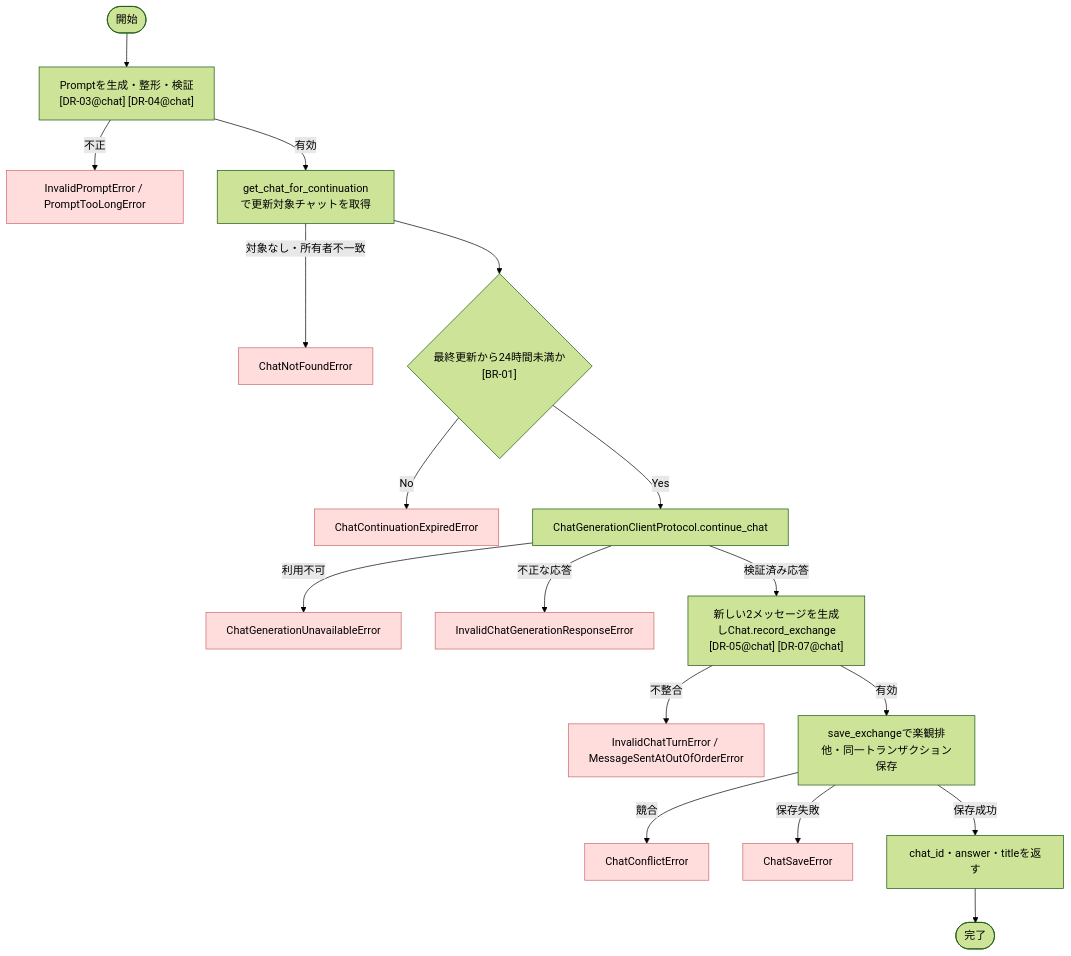
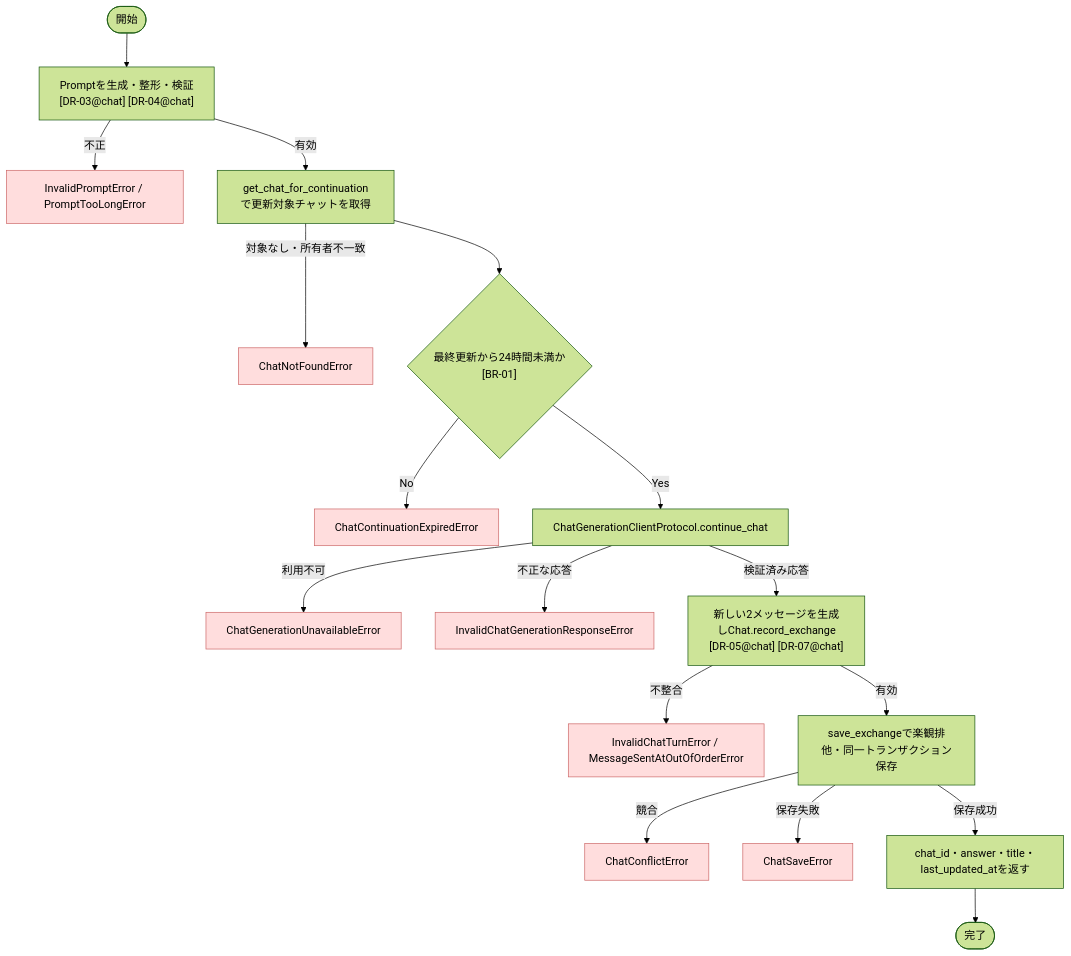
One commit to ponta-kh/paperbuddy changed the diagram in docs/backend/specification/chat/continue_chat.md. Above: the diagram before and after it, drawn with Mermaid (forest theme). The commit also changed other lines of this file and 14 other files, not shown here.

````diff
--- a/docs/backend/specification/chat/continue_chat.md
+++ b/docs/backend/specification/chat/continue_chat.md
@@ -101,28 +102,28 @@
 ```mermaid
 flowchart TD
     A([開始]) --> B["Promptを生成・整形・検証\n[DR-03@chat] [DR-04@chat]"]
     B -->|不正| ERR1["InvalidPromptError / PromptTooLongError"]
     B -->|有効| C["get_chat_for_continuationで更新対象チャットを取得"]
     C -->|対象なし・所有者不一致| ERR2["ChatNotFoundError"]
     C --> D{"最終更新から24時間未満か\n[BR-01]"}
     D -->|No| ERR3["ChatContinuationExpiredError"]
     D -->|Yes| E["ChatGenerationClientProtocol.continue_chat"]
     E -->|利用不可| ERR4["ChatGenerationUnavailableError"]
     E -->|不正な応答| ERR5["InvalidChatGenerationResponseError"]
     E -->|検証済み応答| F["新しい2メッセージを生成しChat.record_exchange\n[DR-05@chat] [DR-07@chat]"]
     F -->|不整合| ERR6["InvalidChatTurnError / MessageSentAtOutOfOrderError"]
     F -->|有効| G["save_exchangeで楽観排他・同一トランザクション保存"]
     G -->|競合| ERR8["ChatConflictError"]
     G -->|保存失敗| ERR7["ChatSaveError"]
-    G -->|保存成功| H["chat_id・answer・titleを返す"]
+    G -->|保存成功| H["chat_id・answer・title・last_updated_atを返す"]
     H --> I([完了])
 
     style ERR1 fill:#fdd,stroke:#c66
     style ERR2 fill:#fdd,stroke:#c66
     style ERR3 fill:#fdd,stroke:#c66
     style ERR4 fill:#fdd,stroke:#c66
     style ERR5 fill:#fdd,stroke:#c66
     style ERR6 fill:#fdd,stroke:#c66
     style ERR7 fill:#fdd,stroke:#c66
     style ERR8 fill:#fdd,stroke:#c66
 ```
````
